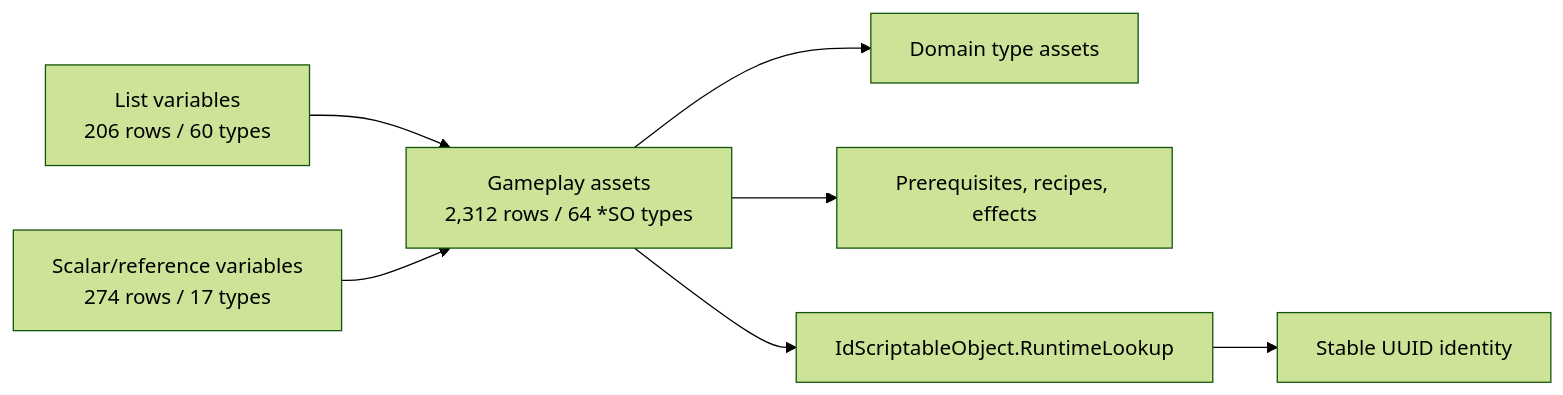
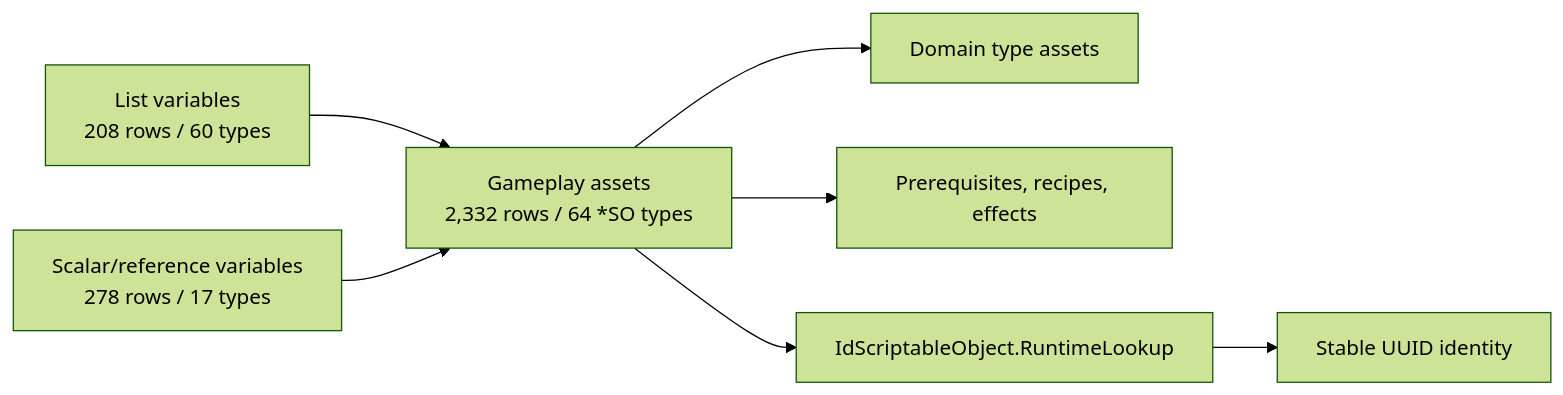
The diagram in docs/reverse-engineering/entity-catalog.md (Vojow/OrbOfCreation-ModSuite), drawn with Mermaid (forest theme) before and after one commit. The commit also changed other lines of this file and 15 other files, not shown here.

````diff
--- a/docs/reverse-engineering/entity-catalog.md
+++ b/docs/reverse-engineering/entity-catalog.md
@@ -24,9 +24,9 @@
 ```mermaid
 flowchart LR
-    Assets["Gameplay assets<br/>2,312 rows / 64 *SO types"] --> Types["Domain type assets"]
+    Assets["Gameplay assets<br/>2,332 rows / 64 *SO types"] --> Types["Domain type assets"]
     Assets --> Relations["Prerequisites, recipes, effects"]
-    Lists["List variables<br/>206 rows / 60 types"] --> Assets
-    Scalars["Scalar/reference variables<br/>274 rows / 17 types"] --> Assets
+    Lists["List variables<br/>208 rows / 60 types"] --> Assets
+    Scalars["Scalar/reference variables<br/>278 rows / 17 types"] --> Assets
     Assets --> Registry["IdScriptableObject.RuntimeLookup"]
     Registry --> UUID["Stable UUID identity"]
 ```
````
